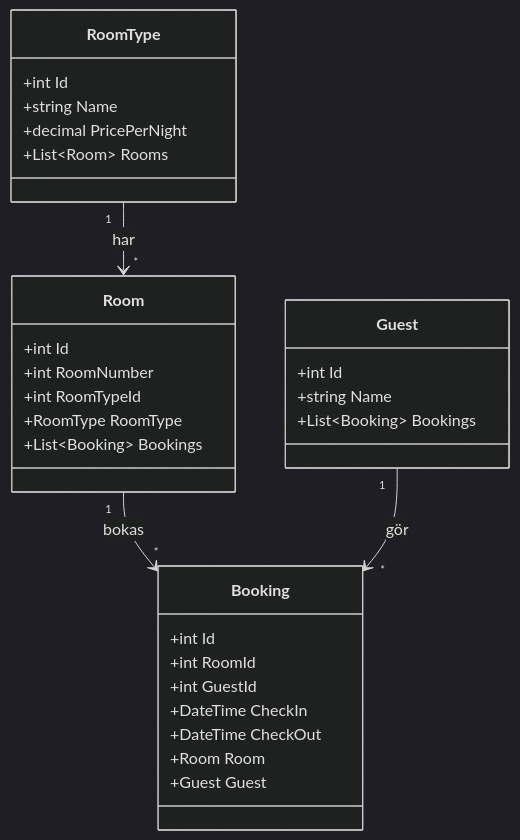
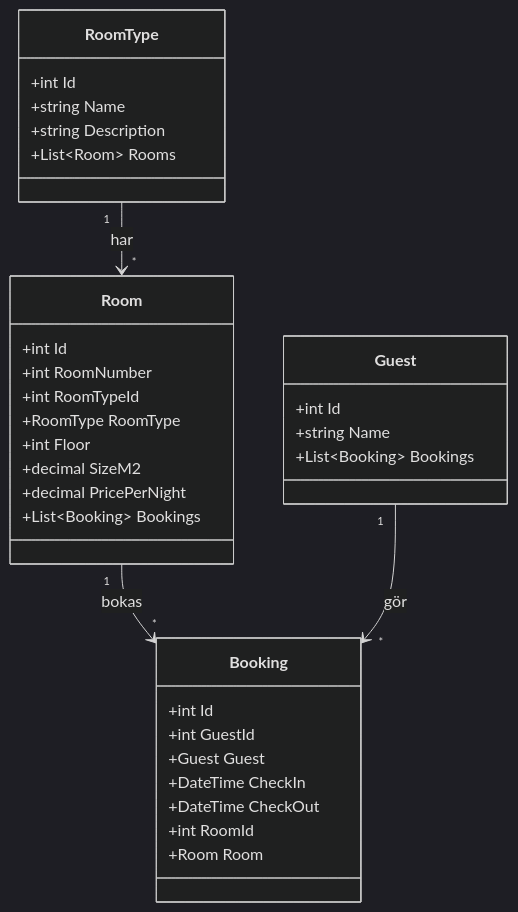
One commit to SamarCumarHussein/samar-clo26-hotel-grandioso changed the diagram in README.md. Above: the diagram before and after it, drawn with Mermaid (dark theme).

Commit message:
Fixat igen README

````diff
--- a/README.md
+++ b/README.md
@@ -24,37 +24,40 @@
 ```mermaid
 classDiagram
     class Room {
         +int Id
         +int RoomNumber
         +int RoomTypeId
         +RoomType RoomType
+        +int Floor
+        +decimal SizeM2 
+        +decimal PricePerNight 
         +List~Booking~ Bookings
     }
 
     class RoomType {
         +int Id
         +string Name
-        +decimal PricePerNight
+        +string Description
         +List~Room~ Rooms
     }
 
     class Guest {
         +int Id
         +string Name
         +List~Booking~ Bookings
     }
 
     class Booking {
         +int Id
-        +int RoomId
         +int GuestId
+        +Guest Guest
         +DateTime CheckIn
         +DateTime CheckOut
+        +int RoomId
         +Room Room
-        +Guest Guest
     }
 
     RoomType "1" --> "*" Room : har
     Room "1" --> "*" Booking : bokas
     Guest "1" --> "*" Booking : gör
 ```
````
